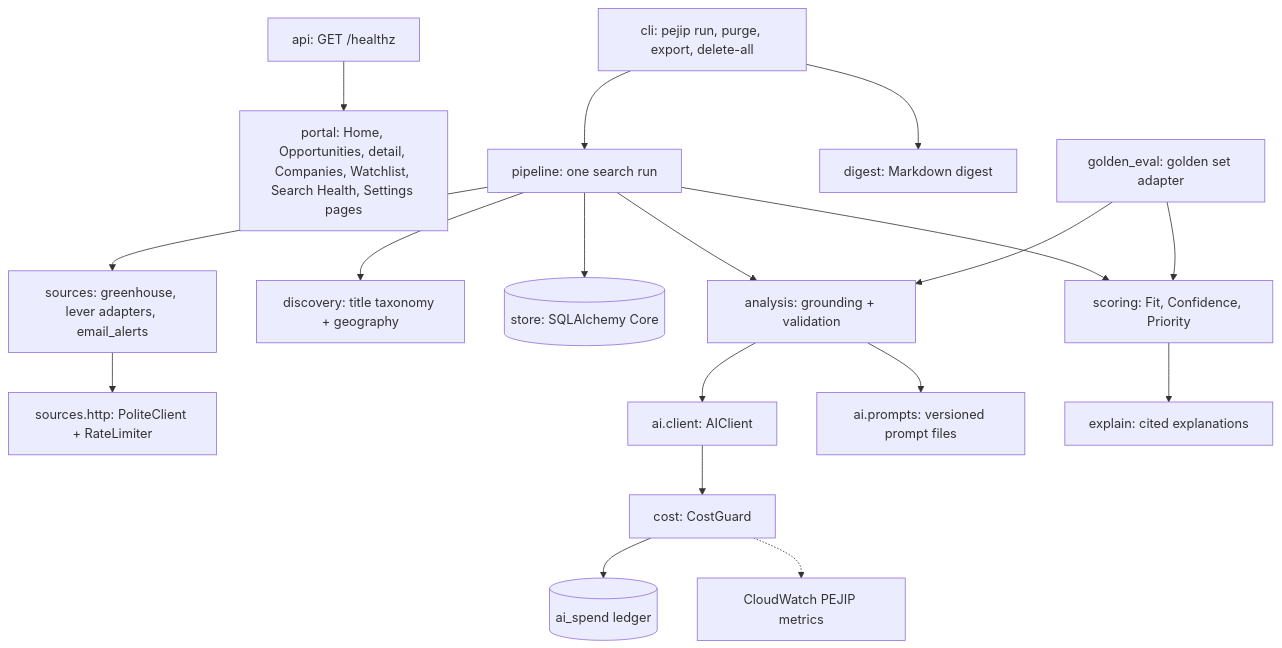
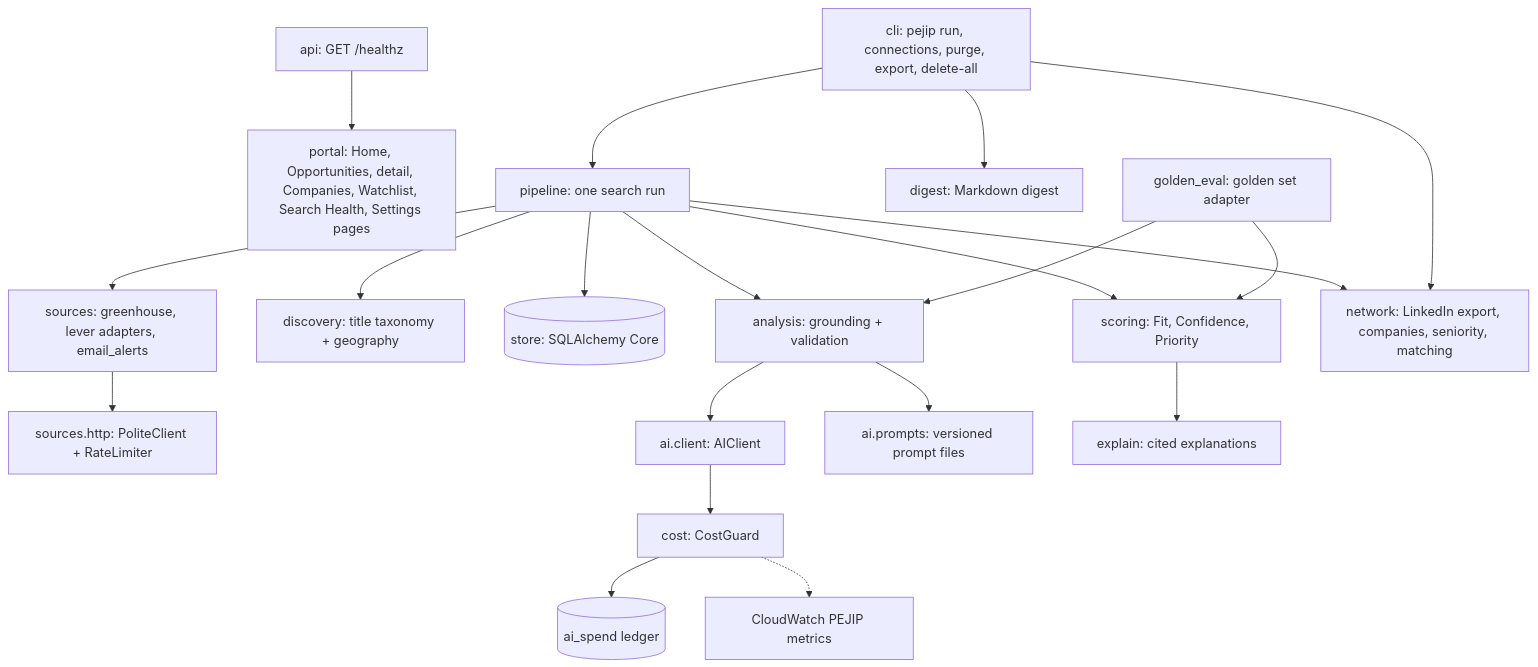
The diagram in docs/architecture/components.md (madduri-ops/PEJIP), drawn with Mermaid before and after one commit. The commit also changed other lines of this file and 36 other files, not shown here.

First line of the commit message:
Match LinkedIn connections to roles and raise Priority for matured ones (#40)

````diff
--- a/docs/architecture/components.md
+++ b/docs/architecture/components.md
@@ -7,34 +7,37 @@
 ```mermaid
 flowchart TB
     api[api: GET /healthz]
     portal[portal: Home, Opportunities, detail, Companies, Watchlist, Search Health, Settings pages]
     api --> portal
-    cli[cli: pejip run, purge, export, delete-all]
+    cli[cli: pejip run, connections, purge, export, delete-all]
     pipe[pipeline: one search run]
     src[sources: greenhouse, lever adapters, email_alerts]
     http[sources.http: PoliteClient + RateLimiter]
     disc[discovery: title taxonomy + geography]
     store[(store: SQLAlchemy Core)]
     ana[analysis: grounding + validation]
     ai[ai.client: AIClient]
     guard[cost: CostGuard]
     ledger[(ai_spend ledger)]
     cw[CloudWatch PEJIP metrics]
     prompts[ai.prompts: versioned prompt files]
     score[scoring: Fit, Confidence, Priority]
     explain[explain: cited explanations]
     digest[digest: Markdown digest]
     evals[golden_eval: golden set adapter]
+    net[network: LinkedIn export, companies, seniority, matching]
     cli --> pipe
     pipe --> src --> http
     pipe --> disc
     pipe --> store
     pipe --> ana --> ai
     ana --> prompts
     ai --> guard --> ledger
     guard -.-> cw
     pipe --> score --> explain
+    pipe --> net
+    cli --> net
     cli --> digest
     evals --> ana
     evals --> score
 ```
````
